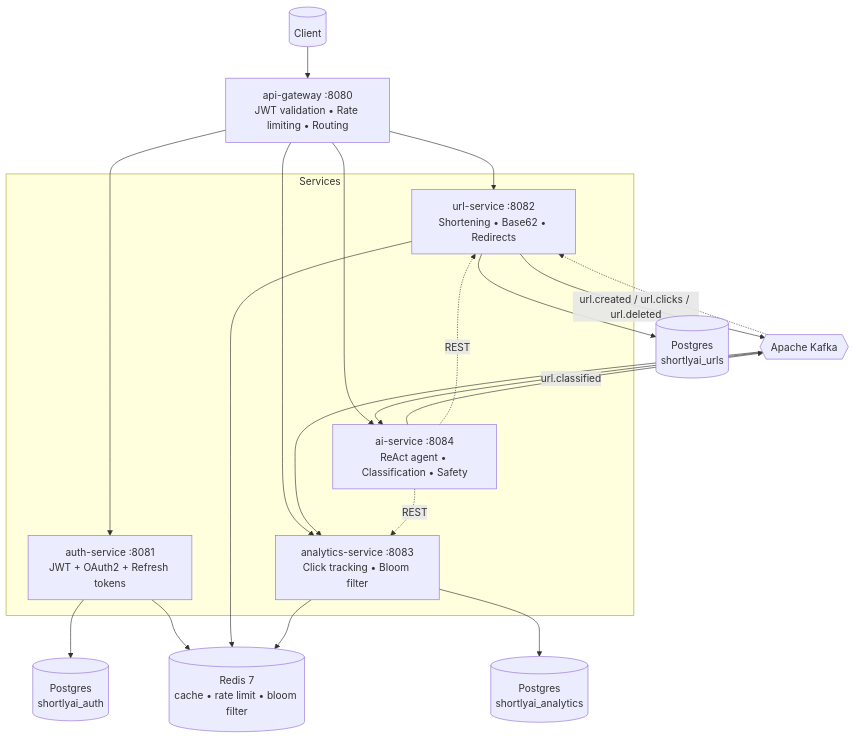
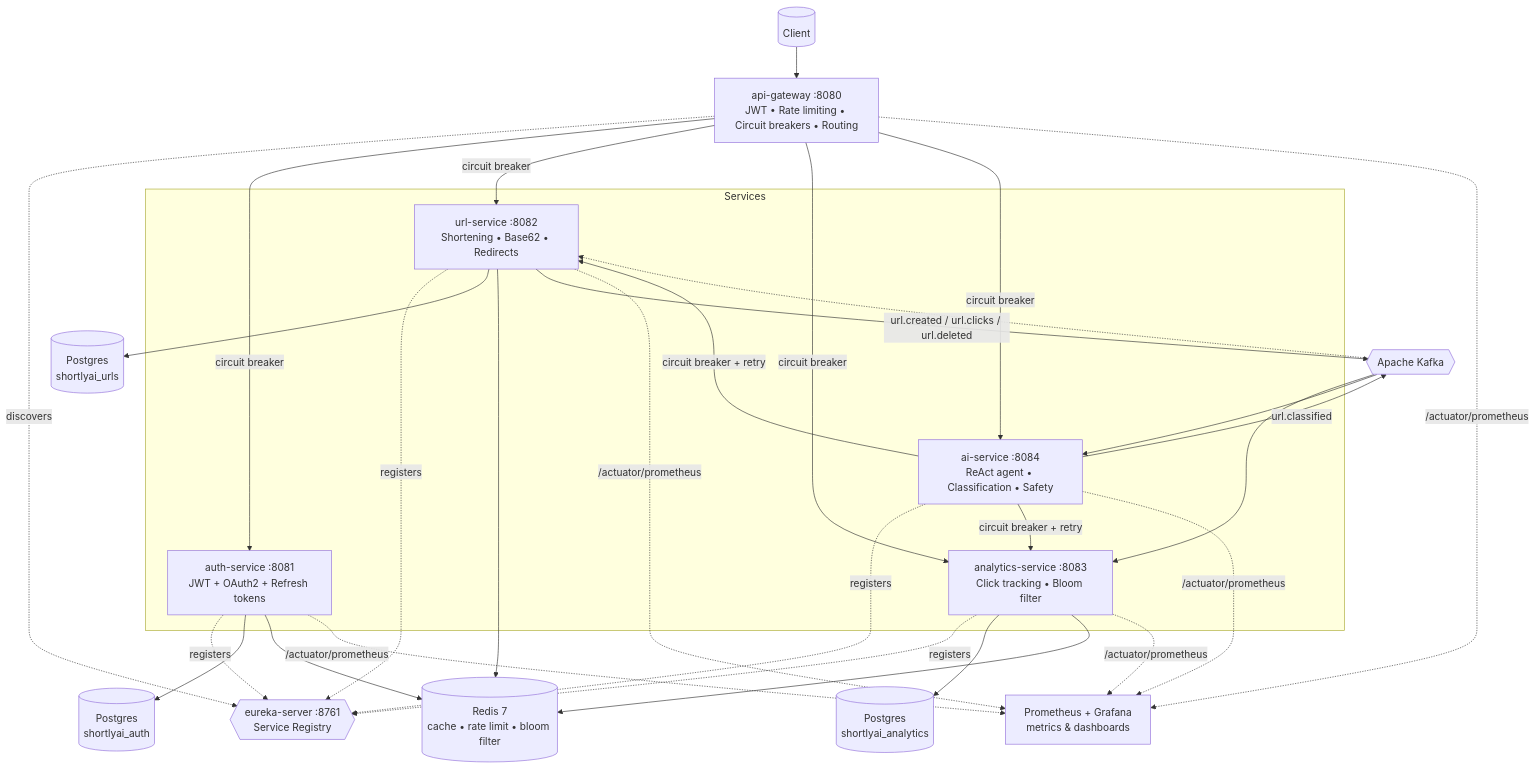
Before and after one commit to SNagarjuna07/shortlyai: the diagram in README.md, drawn with Mermaid. The commit also changed other lines of this file, not shown here.

````diff
--- a/README.md
+++ b/README.md
@@ -47,41 +59,56 @@
 ```mermaid
 graph TB
     Client[("Client")]
-    Gateway["api-gateway :8080<br/>JWT validation • Rate limiting • Routing"]
+    Eureka{{"eureka-server :8761<br/>Service Registry"}}
+    Gateway["api-gateway :8080<br/>JWT • Rate limiting • Circuit breakers • Routing"]
 
     subgraph Services
         Auth["auth-service :8081<br/>JWT + OAuth2 + Refresh tokens"]
         Url["url-service :8082<br/>Shortening • Base62 • Redirects"]
         Analytics["analytics-service :8083<br/>Click tracking • Bloom filter"]
         AI["ai-service :8084<br/>ReAct agent • Classification • Safety"]
     end
 
     PG1[("Postgres<br/>shortlyai_auth")]
     PG2[("Postgres<br/>shortlyai_urls")]
     PG3[("Postgres<br/>shortlyai_analytics")]
-    Redis[("Redis 7<br/>cache • rate limit • bloom filter")]
+    RedisDB[("Redis 7<br/>cache • rate limit • bloom filter")]
     Kafka{{"Apache Kafka"}}
+    Obs["Prometheus + Grafana<br/>metrics & dashboards"]
 
     Client --> Gateway
-    Gateway --> Auth
-    Gateway --> Url
-    Gateway --> Analytics
-    Gateway --> AI
+
+    Gateway -. discovers .-> Eureka
+    Auth -. registers .-> Eureka
+    Url -. registers .-> Eureka
+    Analytics -. registers .-> Eureka
+    AI -. registers .-> Eureka
+
+    Gateway -- "circuit breaker" --> Auth
+    Gateway -- "circuit breaker" --> Url
+    Gateway -- "circuit breaker" --> Analytics
+    Gateway -- "circuit breaker" --> AI
 
     Auth --> PG1
-    Auth --> Redis
+    Auth --> RedisDB
 
     Url --> PG2
-    Url --> Redis
+    Url --> RedisDB
     Url -- "url.created / url.clicks / url.deleted" --> Kafka
 
     Kafka --> Analytics
     Analytics --> PG3
-    Analytics --> Redis
+    Analytics --> RedisDB
 
     Kafka --> AI
     AI -- "url.classified" --> Kafka
     Kafka -.-> Url
-    AI -. "REST" .-> Url
-    AI -. "REST" .-> Analytics
+    AI -- "circuit breaker + retry" --> Url
+    AI -- "circuit breaker + retry" --> Analytics
+
+    Auth -.->|/actuator/prometheus| Obs
+    Url -.->|/actuator/prometheus| Obs
+    Analytics -.->|/actuator/prometheus| Obs
+    AI -.->|/actuator/prometheus| Obs
+    Gateway -.->|/actuator/prometheus| Obs
 ```
````
